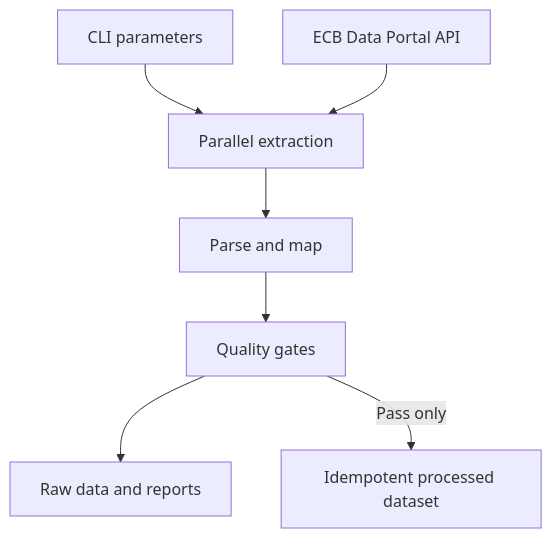
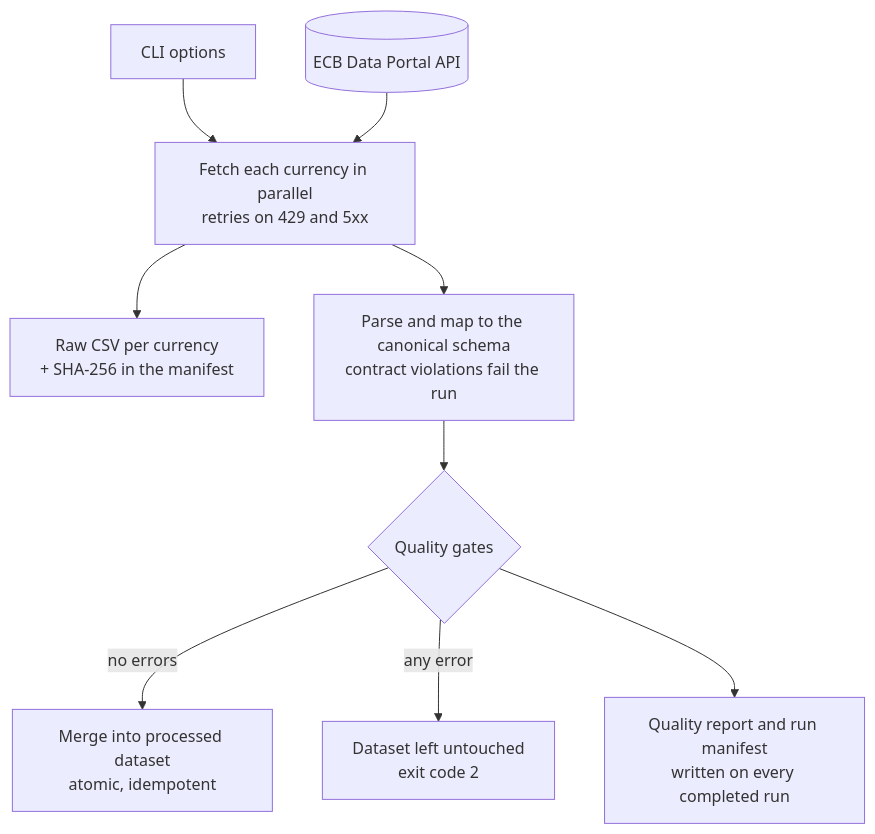
Before and after one commit to gbadedata/ecb-market-data-pipeline: the diagram in README.md, drawn with Mermaid. The commit also changed other lines of this file and 1 other file, not shown here.

First line of the commit message:
Rewrite the README around verified behaviour and live run evidence

````diff
--- a/README.md
+++ b/README.md
@@ -30,9 +96,11 @@
 ```mermaid
 flowchart TD
-    A[CLI parameters] --> C[Parallel extraction]
-    B[ECB Data Portal API] --> C
-    C --> D[Parse and map]
-    D --> E[Quality gates]
-    E --> F[Raw data and reports]
-    E -->|Pass only| G[Idempotent processed dataset]
+    A[CLI options] --> B[Fetch each currency in parallel<br/>retries on 429 and 5xx]
+    S[(ECB Data Portal API)] --> B
+    B --> R[Raw CSV per currency<br/>+ SHA-256 in the manifest]
+    B --> C[Parse and map to the canonical schema<br/>contract violations fail the run]
+    C --> D{Quality gates}
+    D -->|no errors| P[Merge into processed dataset<br/>atomic, idempotent]
+    D -->|any error| X[Dataset left untouched<br/>exit code 2]
+    D --> Q[Quality report and run manifest<br/>written on every completed run]
 ```
````
